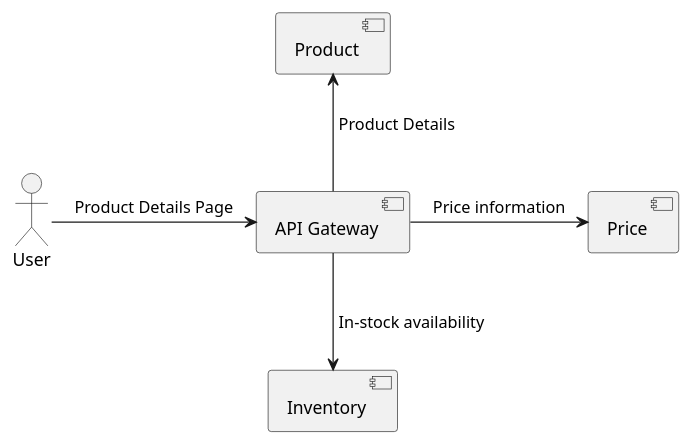
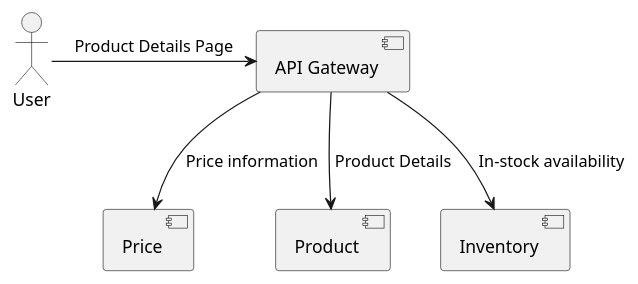
One commit to webdizz/fault-tolerance-talk changed the diagram in architecture.puml. Above: the diagram before and after it, drawn with PlantUML.

Commit message:
Change components orientation

```diff
--- a/architecture.puml
+++ b/architecture.puml
@@ -1,9 +1,9 @@
 @startuml
 
 actor User
 
 User -> [API Gateway]: Product Details Page
-[API Gateway] -up-> [Product] :" Product Details"
-[API Gateway] -> [Price] : Price information
-[API Gateway] -down-> [Inventory]: " In-stock availability"
+[API Gateway] --> [Price] : Price information
+[API Gateway] --> [Product] :" Product Details"
+[API Gateway] --> [Inventory]: " In-stock availability"
 @enduml
```
